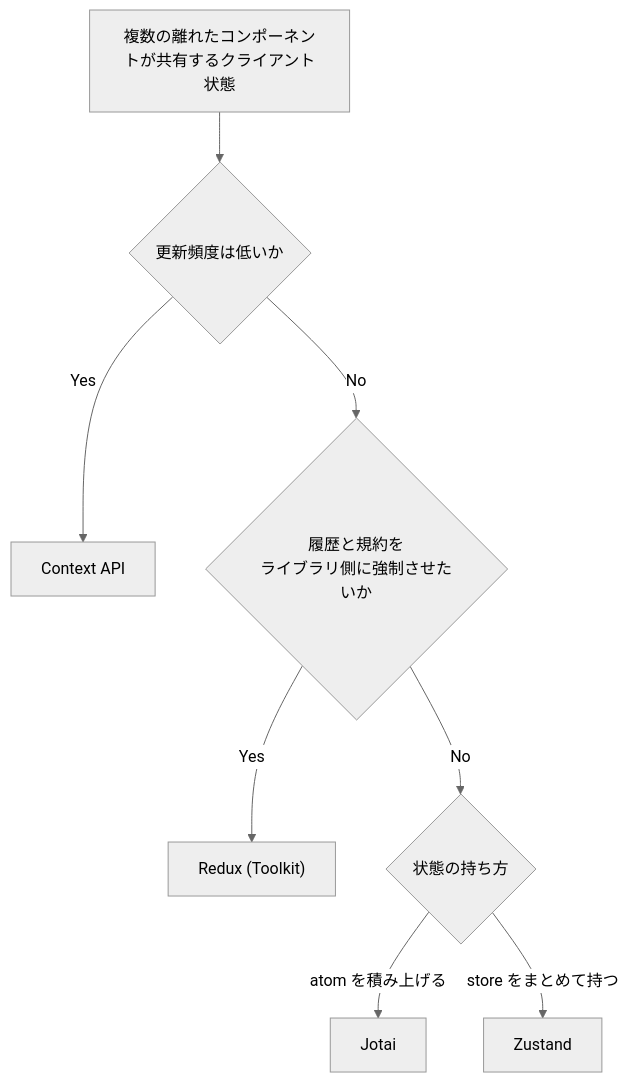
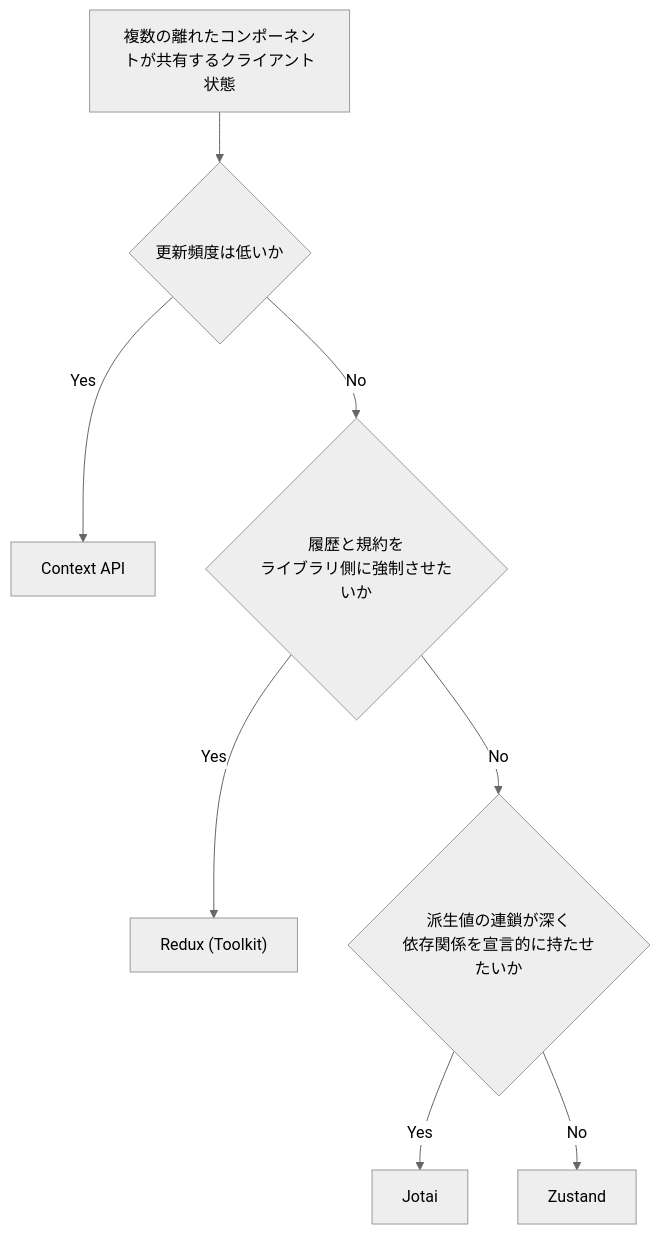
Before and after one commit to kato-yoshiharu/memos: the diagram in memos/frontend/react.js/state-management.md, drawn with Mermaid (neutral theme).

Commit message:
confirmed

````diff
--- a/memos/frontend/react.js/state-management.md
+++ b/memos/frontend/react.js/state-management.md
@@ -169,10 +169,10 @@
 ```mermaid
 flowchart TD
     Start["複数の離れたコンポーネントが共有するクライアント状態"] --> Rare{更新頻度は低いか}
     Rare -->|Yes| Context[Context API]
     Rare -->|No| Force{履歴と規約を<br/>ライブラリ側に強制させたいか}
     Force -->|Yes| Redux["Redux (Toolkit)"]
-    Force -->|No| Shape{状態の持ち方}
-    Shape -->|atom を積み上げる| Jotai[Jotai]
-    Shape -->|store をまとめて持つ| Zustand[Zustand]
+    Force -->|No| Derived{派生値の連鎖が深く<br/>依存関係を宣言的に持たせたいか}
+    Derived -->|Yes| Jotai[Jotai]
+    Derived -->|No| Zustand[Zustand]
 ```
````
